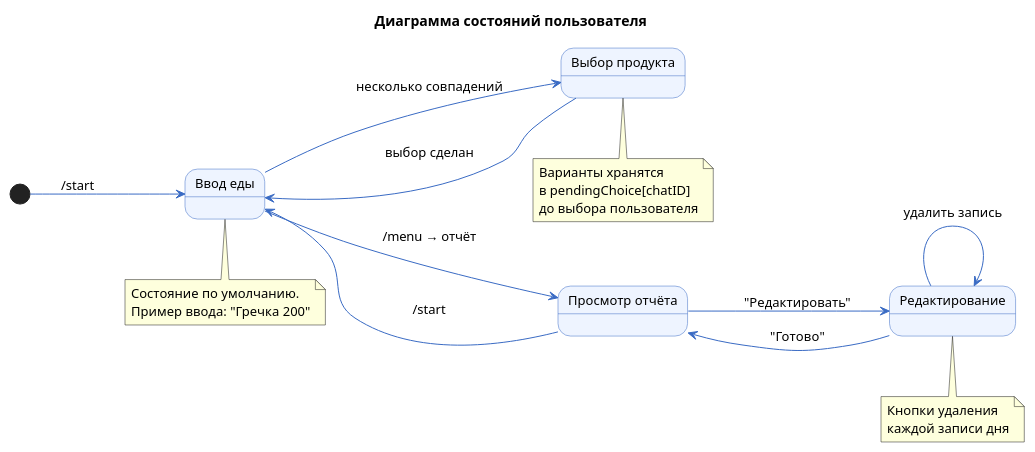
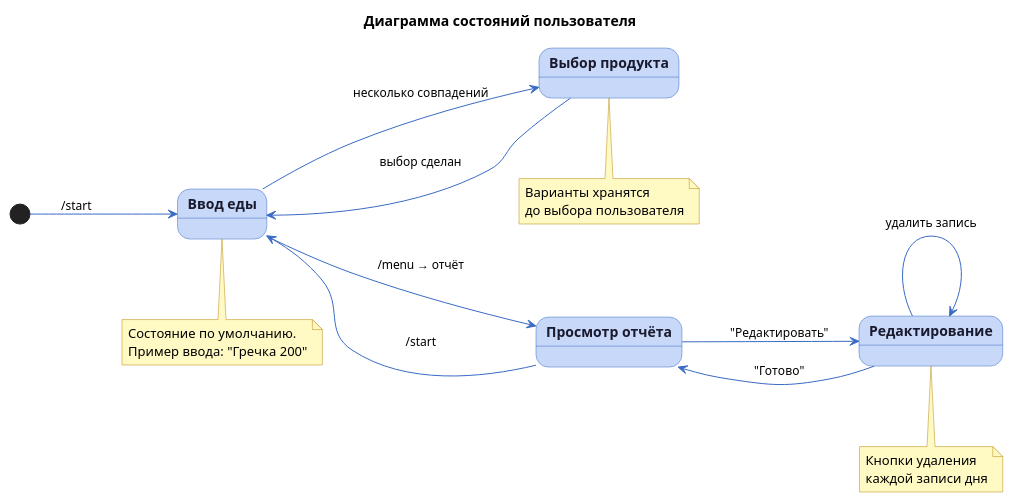
Before and after one commit to AD1N23/Spec: the diagram in Задание 2/state.puml, drawn with PlantUML. The commit also changed 7 other files, not shown here.

Commit message:
Redesign activity with colored swimlanes, split sequence into seq_1/2/3

```diff
--- a/Задание 2/state.puml
+++ b/Задание 2/state.puml
@@ -1,48 +1,52 @@
 @startuml state
-skinparam StateBackgroundColor #EEF4FF
+skinparam StateBackgroundColor #C8D8F8
 skinparam StateBorderColor #3A6BC4
+skinparam StateFontColor #1A1A2E
+skinparam StateFontSize 14
+skinparam StateFontStyle bold
 skinparam ArrowColor #3A6BC4
+skinparam ArrowFontSize 12
 skinparam StateStartColor #3A6BC4
 skinparam StateEndColor #C0392B
-skinparam StateFontSize 13
-skinparam Nodesep 60
+skinparam NoteBackgroundColor #FFF9C4
+skinparam NoteBorderColor #B8860B
+skinparam Nodesep 80
 skinparam Ranksep 60
 
 left to right direction
 
 title Диаграмма состояний пользователя
 
 [*] --> ВводЕды : /start
 
 state "Ввод еды" as ВводЕды
 state "Выбор продукта" as ВыборПродукта
 state "Просмотр отчёта" as Отчёт
 state "Редактирование" as Редактирование
 
 ВводЕды --> ВыборПродукта : несколько совпадений
 ВыборПродукта --> ВводЕды : выбор сделан
 
 ВводЕды --> Отчёт : /menu → отчёт
 Отчёт --> ВводЕды : /start
 
 Отчёт --> Редактирование : "Редактировать"
 Редактирование --> Отчёт : "Готово"
 Редактирование --> Редактирование : удалить запись
 
 note bottom of ВводЕды
   Состояние по умолчанию.
   Пример ввода: "Гречка 200"
 end note
 
 note bottom of ВыборПродукта
   Варианты хранятся
-  в pendingChoice[chatID]
   до выбора пользователя
 end note
 
 note bottom of Редактирование
   Кнопки удаления
   каждой записи дня
 end note
 
 @enduml
```
